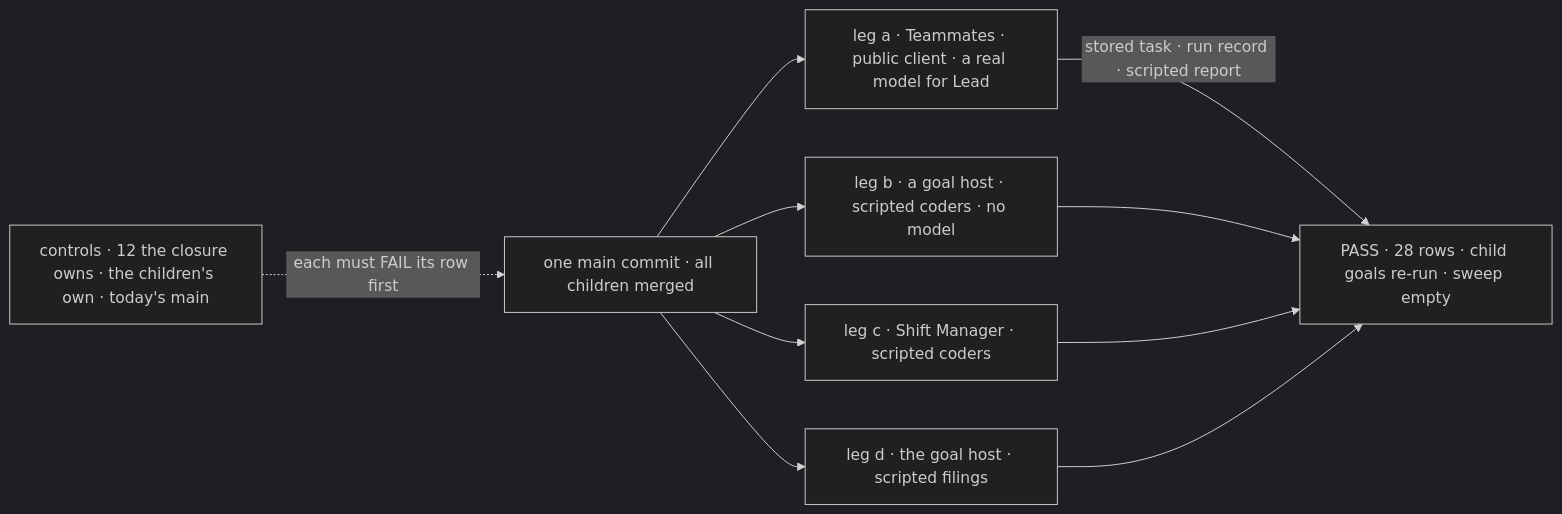
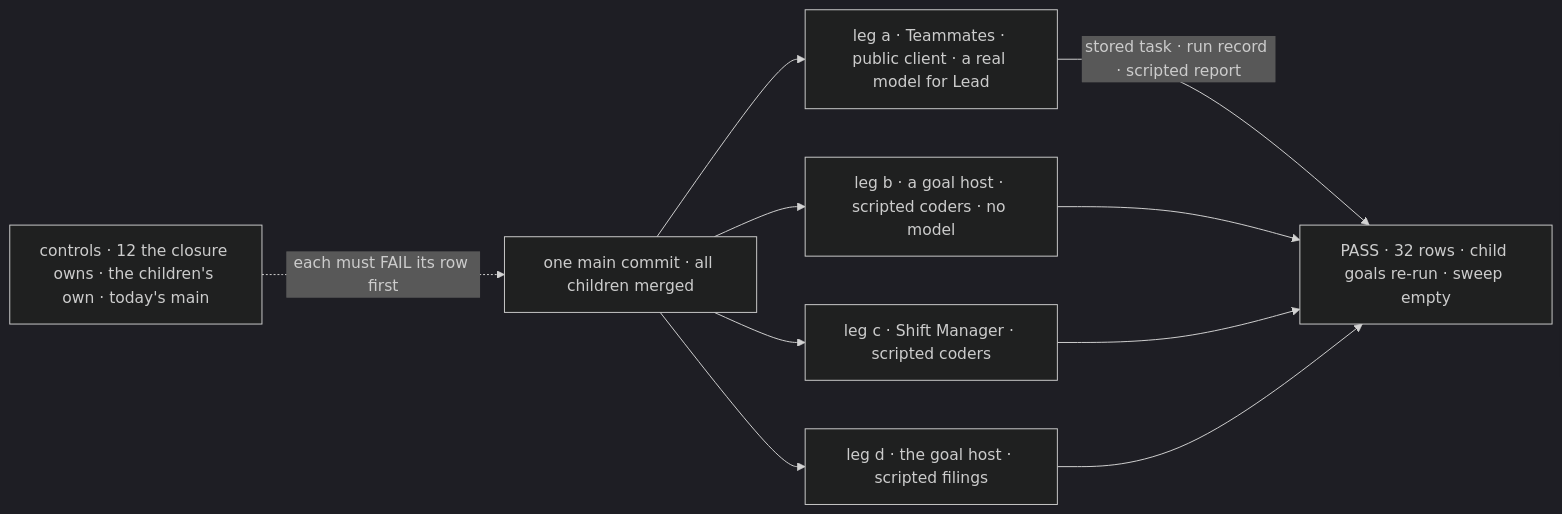
Before and after one commit to fixpoint-labs/flow-state-dev: the first of 2 diagrams in specs/issues/FIX-2883/SPEC.md, drawn with Mermaid (dark theme). The commit also changed other lines of this file and 4 other files, not shown here.

````diff
--- a/specs/issues/FIX-2883/SPEC.md
+++ b/specs/issues/FIX-2883/SPEC.md
@@ -29,12 +29,12 @@
 ```mermaid
 flowchart LR
   M["one main commit · all children merged"] --> A["leg a · Teammates · public client · a real model for Lead"]
   M --> B["leg b · a goal host · scripted coders · no model"]
   M --> S["leg c · Shift Manager · scripted coders"]
   M --> D["leg d · the goal host · scripted filings"]
-  A -->|"stored task · run record · scripted report"| P["PASS · 28 rows · child goals re-run · sweep empty"]
+  A -->|"stored task · run record · scripted report"| P["PASS · 32 rows · child goals re-run · sweep empty"]
   B --> P
   S --> P
   D --> P
   C["controls · 12 the closure owns · the children's own · today's main"] -.->|"each must FAIL its row first"| M
 ```
````
